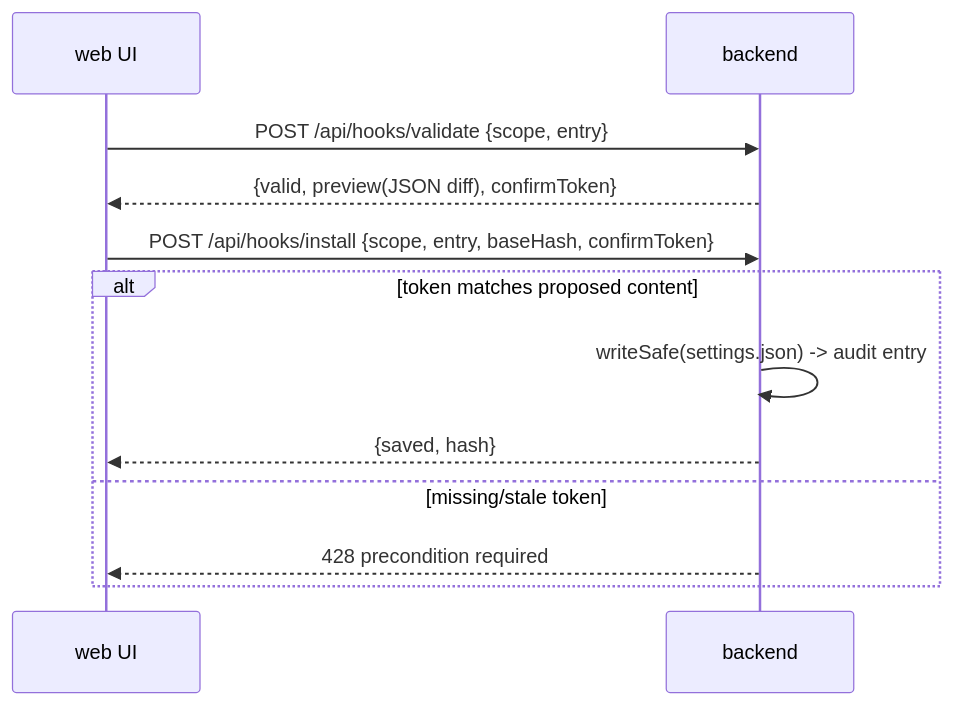
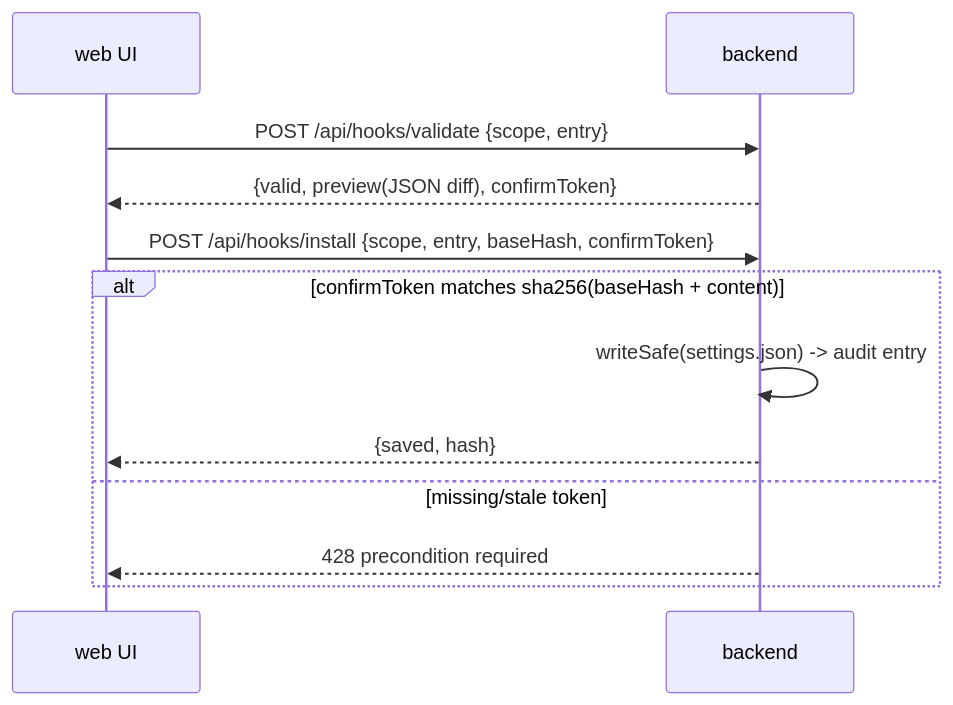
The fifth of 5 diagrams in .ai/specs/platform-phase2/design.md (metrodiesign/spec-driven-development), drawn with Mermaid before and after one commit. The commit also changed other lines of this file, not shown here.

````diff
--- a/.ai/specs/platform-phase2/design.md
+++ b/.ai/specs/platform-phase2/design.md
@@ -389,14 +392,14 @@
 ```mermaid
 sequenceDiagram
     participant W as web UI
     participant B as backend
     W->>B: POST /api/hooks/validate {scope, entry}
     B-->>W: {valid, preview(JSON diff), confirmToken}
     W->>B: POST /api/hooks/install {scope, entry, baseHash, confirmToken}
-    alt token matches proposed content
+    alt confirmToken matches sha256(baseHash + content)
         B->>B: writeSafe(settings.json) -> audit entry
         B-->>W: {saved, hash}
     else missing/stale token
         B-->>W: 428 precondition required
     end
 ```
````
